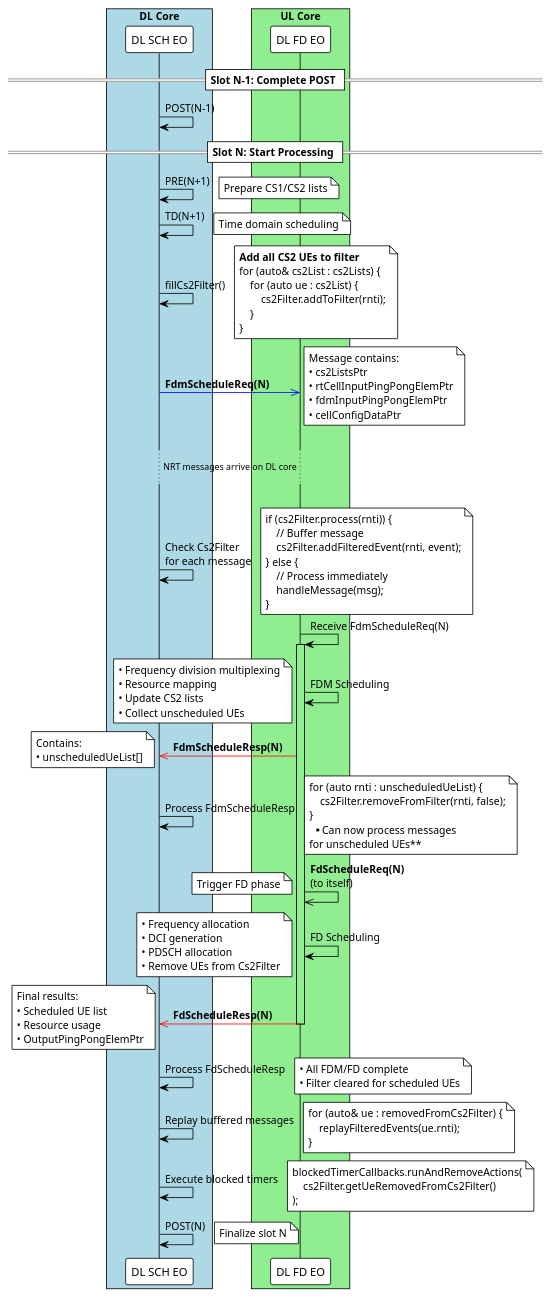
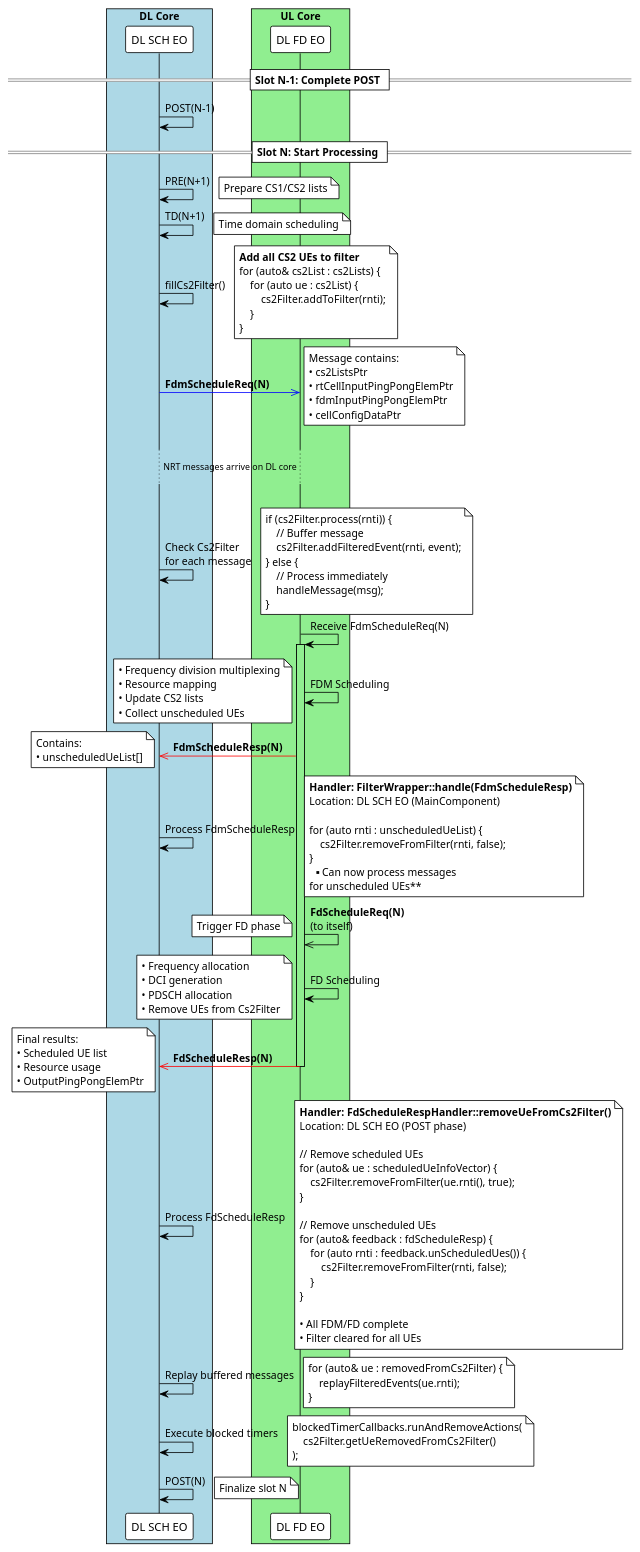
One commit to wanghaven/note changed the fourth of 20 diagrams in work/nokia/project/Parallel Scheduling/Poc/PARALLEL_SCHEDULING_DESIGN.md. Above: the diagram before and after it, drawn with PlantUML. The commit also changed other lines of this file and 3 other files, not shown here.

```diff
--- a/work/nokia/project/Parallel Scheduling/Poc/PARALLEL_SCHEDULING_DESIGN.md
+++ b/work/nokia/project/Parallel Scheduling/Poc/PARALLEL_SCHEDULING_DESIGN.md
@@ -350,6 +429,9 @@
 
 DL -> DL: Process FdmScheduleResp
 note right
+    **Handler: FilterWrapper::handle(FdmScheduleResp)**
+    Location: DL SCH EO (MainComponent)
+    
     for (auto rnti : unscheduledUeList) {
         cs2Filter.removeFromFilter(rnti, false);
     }
@@ -379,8 +461,23 @@
 
 DL -> DL: Process FdScheduleResp
 note right
+    **Handler: FdScheduleRespHandler::removeUeFromCs2Filter()**
+    Location: DL SCH EO (POST phase)
+    
+    // Remove scheduled UEs
+    for (auto& ue : scheduledUeInfoVector) {
+        cs2Filter.removeFromFilter(ue.rnti(), true);
+    }
+    
+    // Remove unscheduled UEs
+    for (auto& feedback : fdScheduleResp) {
+        for (auto rnti : feedback.unScheduledUes()) {
+            cs2Filter.removeFromFilter(rnti, false);
+        }
+    }
+    
     • All FDM/FD complete
-    • Filter cleared for scheduled UEs
+    • Filter cleared for all UEs
 end note
 
 DL -> DL: Replay buffered messages
```
